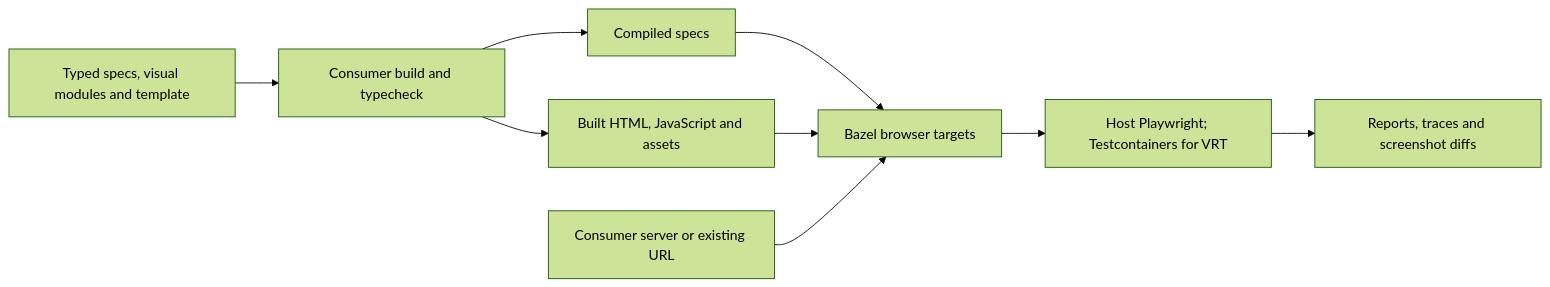
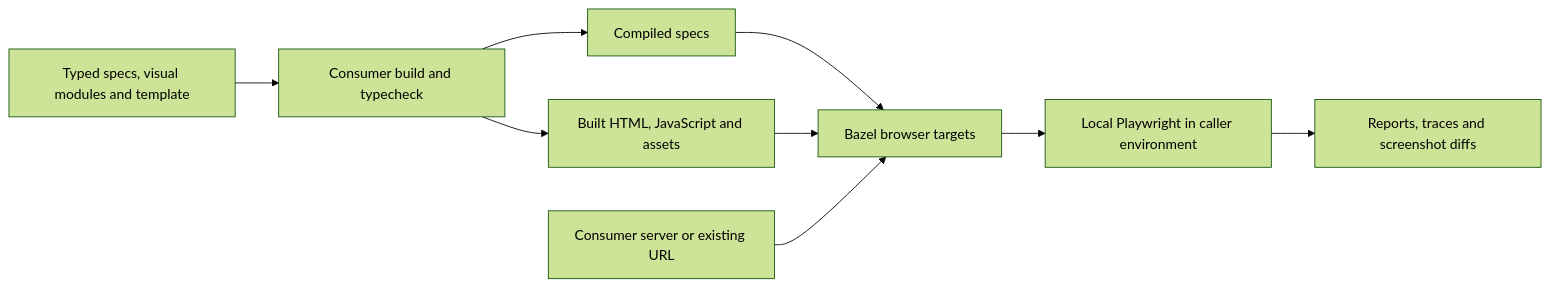
Before and after one commit to perplexityai/rules_web_e2e: the diagram in docs/getting-started.md, drawn with Mermaid (forest theme). The commit also changed other lines of this file and 36 other files, not shown here.

First line of the commit message:
feat: run VRT in caller-owned execution environments

````diff
--- a/docs/getting-started.md
+++ b/docs/getting-started.md
@@ -7,11 +7,11 @@
 ```mermaid
 flowchart LR
   Sources[Typed specs, visual modules and template] --> Build[Consumer build and typecheck]
   Build --> Specs[Compiled specs]
   Build --> Shell[Built HTML, JavaScript and assets]
   Specs --> Tests[Bazel browser targets]
   Shell --> Tests
   Server[Consumer server or existing URL] --> Tests
-  Tests --> Browser[Host Playwright; Testcontainers for VRT]
+  Tests --> Browser[Local Playwright in caller environment]
   Browser --> Results[Reports, traces and screenshot diffs]
 ```
````
